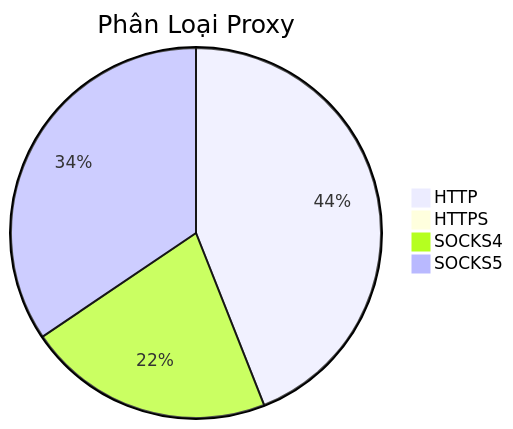
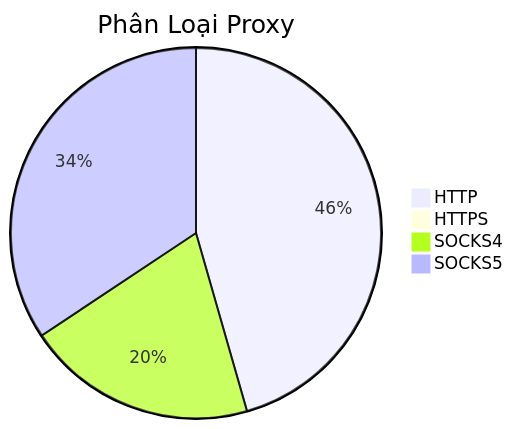
The diagram in README.md (Ciara-12/PROXY-free), drawn with Mermaid before and after one commit. The commit also changed other lines of this file and 4 other files, not shown here.

````diff
--- a/README.md
+++ b/README.md
@@ -26,7 +26,7 @@
 ```mermaid
 pie title Phân Loại Proxy
-    "HTTP" : 484
-    "HTTPS" : 2
-    "SOCKS4" : 237
-    "SOCKS5" : 379
+    "HTTP" : 544
+    "HTTPS" : 1
+    "SOCKS4" : 240
+    "SOCKS5" : 410
 ```
````
